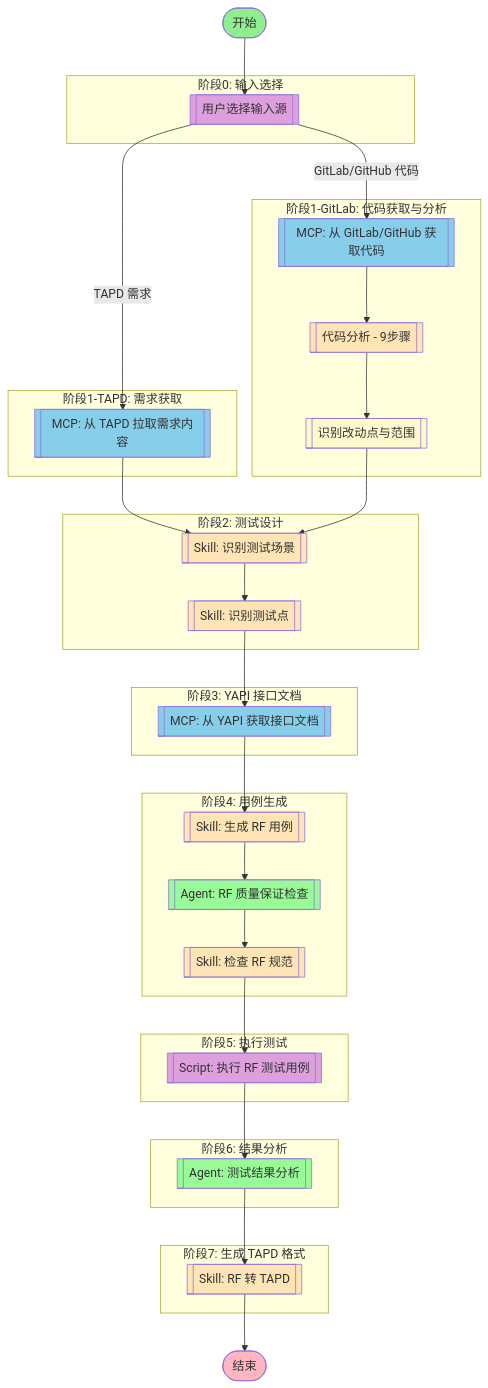
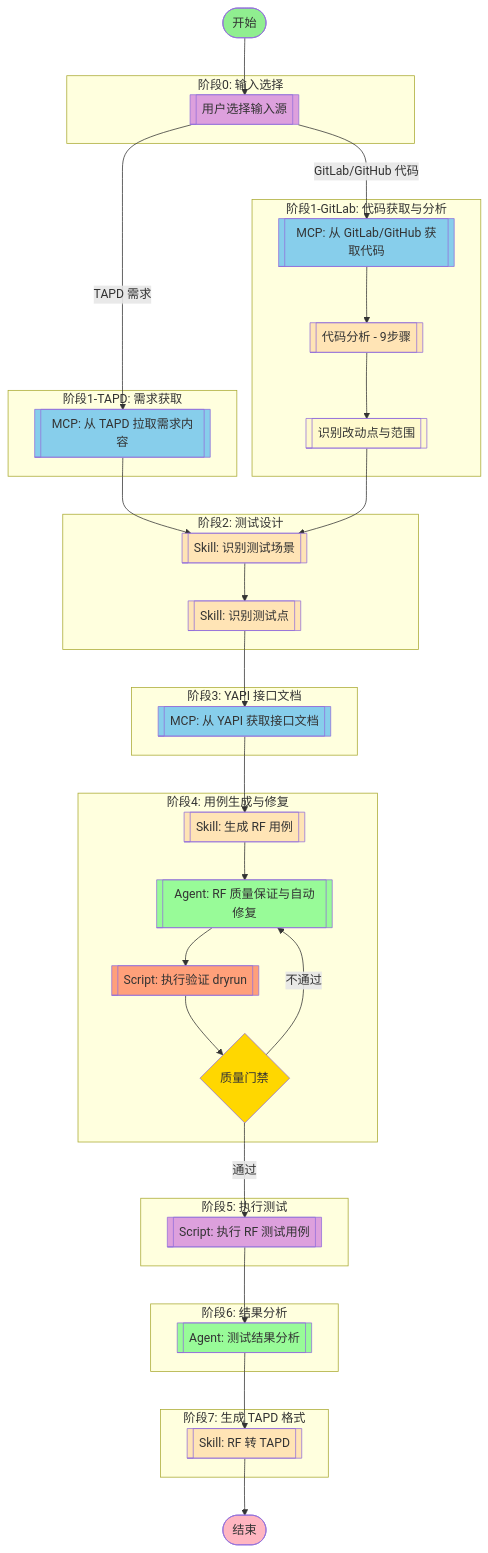
Before and after one commit to JoeyTrribbiani/rf-testing-plugin: the diagram in 05-plugins/rf-testing/workflows/full-test-pipeline.md, drawn with Mermaid. The commit also changed other lines of this file and 2 other files, not shown here.

```diff
--- a/05-plugins/rf-testing/workflows/full-test-pipeline.md
+++ b/05-plugins/rf-testing/workflows/full-test-pipeline.md
@@ -31,10 +31,11 @@
         mcp_yapi[[MCP: 从 YAPI 获取接口文档]]
     end
 
-    subgraph 阶段4["阶段4: 用例生成"]
+    subgraph 阶段4["阶段4: 用例生成与修复"]
         skill_generation[[Skill: 生成 RF 用例]]
-        agent_rf_qa[[Agent: RF 质量保证检查]]
-        skill_validation[[Skill: 检查 RF 规范]]
+        agent_rf_qa[[Agent: RF 质量保证与自动修复]]
+        script_validate[[Script: 执行验证 dryrun]]
+        decision_quality{质量门禁}
     end
 
     subgraph 阶段5["阶段5: 执行测试"]
@@ -60,8 +61,10 @@
     skill_points --> mcp_yapi
     mcp_yapi --> skill_generation
     skill_generation --> agent_rf_qa
-    agent_rf_qa --> skill_validation
-    skill_validation --> script_execute
+    agent_rf_qa --> script_validate
+    script_validate --> decision_quality
+    decision_quality -->|通过| script_execute
+    decision_quality -->|不通过| agent_rf_qa
     script_execute --> agent_results
     agent_results --> skill_conversion
     skill_conversion --> end_node
@@ -78,7 +81,8 @@
     style skill_points fill:#FFE4B5
     style skill_generation fill:#FFE4B5
     style agent_rf_qa fill:#98FB98
-    style skill_validation fill:#FFE4B5
+    style script_validate fill:#FFA07A
+    style decision_quality fill:#FFD700
     style script_execute fill:#DDA0DD
     style agent_results fill:#98FB98
     style skill_conversion fill:#FFE4B5
```
